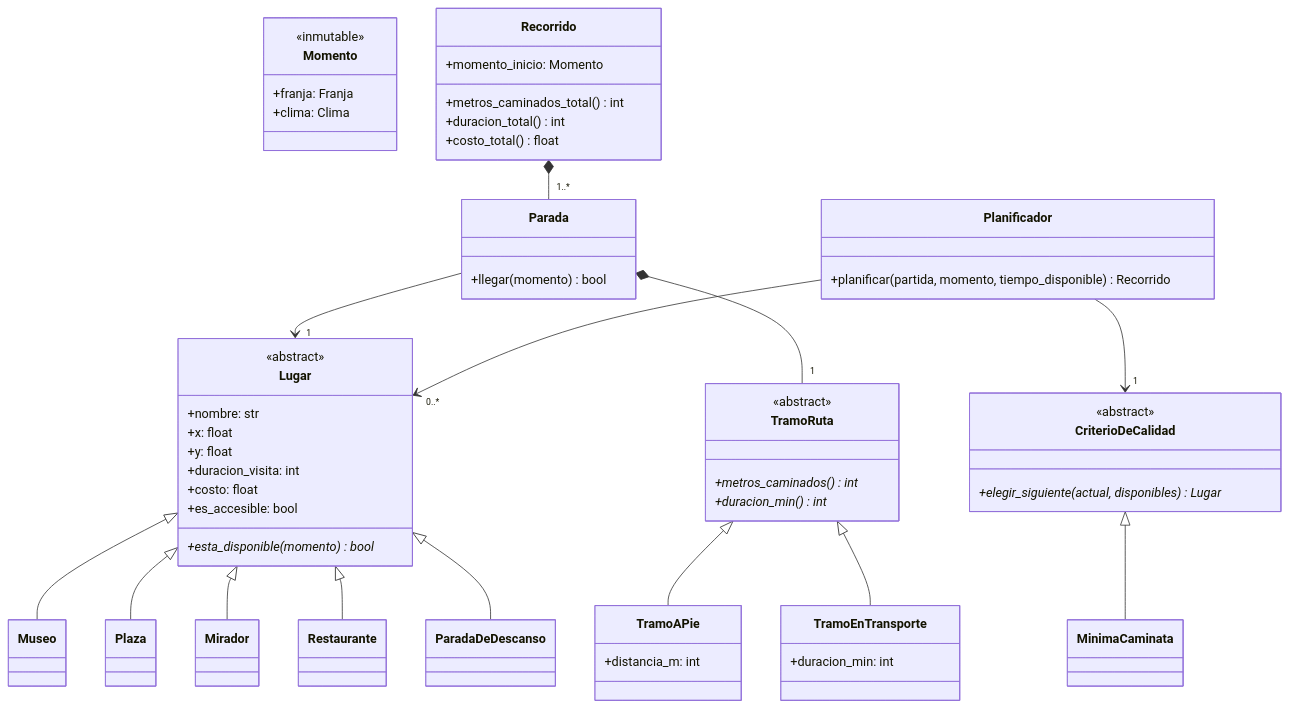
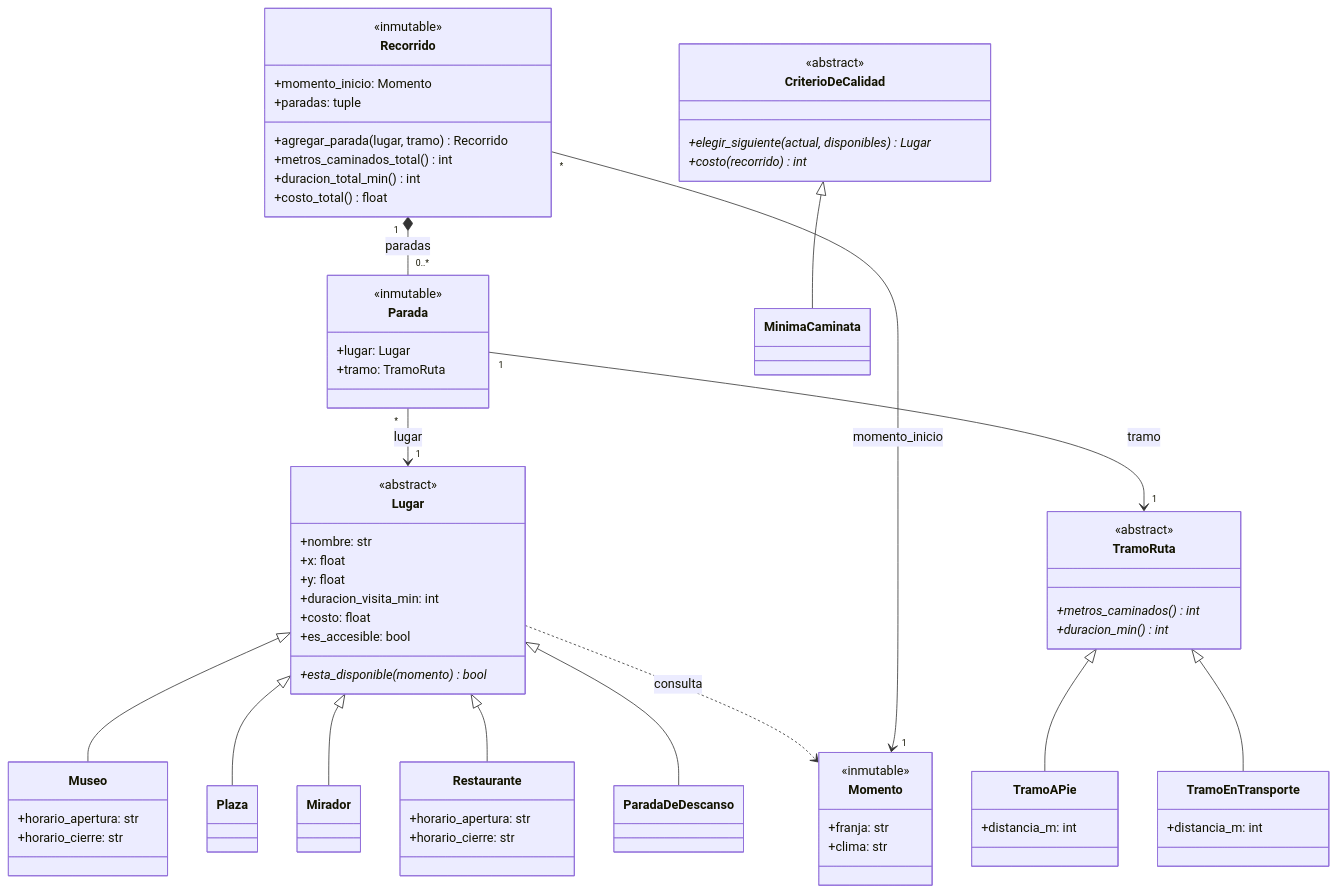
The diagram in DISENO.md (ernelol/ruta-viva), drawn with Mermaid before and after one commit. The commit also changed other lines of this file and 24 other files, not shown here.

````diff
--- a/DISENO.md
+++ b/DISENO.md
@@ -22,70 +15,78 @@
 ```mermaid
 classDiagram
     class Lugar {
         <<abstract>>
         +nombre: str
         +x: float
         +y: float
-        +duracion_visita: int
+        +duracion_visita_min: int
         +costo: float
         +es_accesible: bool
         +esta_disponible(momento) bool*
     }
-    class Museo
+    class Museo {
+        +horario_apertura: str
+        +horario_cierre: str
+    }
+    class Restaurante {
+        +horario_apertura: str
+        +horario_cierre: str
+    }
     class Plaza
     class Mirador
-    class Restaurante
     class ParadaDeDescanso
     Lugar <|-- Museo
     Lugar <|-- Plaza
     Lugar <|-- Mirador
     Lugar <|-- Restaurante
     Lugar <|-- ParadaDeDescanso
 
     class Momento {
         <<inmutable>>
-        +franja: Franja
-        +clima: Clima
+        +franja: str
+        +clima: str
     }
+    Lugar ..> Momento : consulta
 
     class TramoRuta {
         <<abstract>>
         +metros_caminados() int*
         +duracion_min() int*
     }
     class TramoAPie {
         +distancia_m: int
     }
     class TramoEnTransporte {
-        +duracion_min: int
+        +distancia_m: int
     }
     TramoRuta <|-- TramoAPie
     TramoRuta <|-- TramoEnTransporte
 
     class Parada {
-        +llegar(momento) bool
+        <<inmutable>>
+        +lugar: Lugar
+        +tramo: TramoRuta
     }
-    Parada --> "1" Lugar
-    Parada *-- "1" TramoRuta
+    Parada "*" --> "1" Lugar : lugar
+    Parada "1" --> "1" TramoRuta : tramo
 
     class Recorrido {
+        <<inmutable>>
         +momento_inicio: Momento
+        +paradas: tuple
+        +agregar_parada(lugar, tramo) Recorrido
         +metros_caminados_total() int
-        +duracion_total() int
+        +duracion_total_min() int
         +costo_total() float
     }
-    Recorrido *-- "1..*" Parada
+    Recorrido "1" *-- "0..*" Parada : paradas
+    Recorrido "*" --> "1" Momento : momento_inicio
 
     class CriterioDeCalidad {
         <<abstract>>
         +elegir_siguiente(actual, disponibles) Lugar*
+        +costo(recorrido) int*
     }
     class MinimaCaminata
     CriterioDeCalidad <|-- MinimaCaminata
-
-    class Planificador {
-        +planificar(partida, momento, tiempo_disponible) Recorrido
-    }
-    Planificador --> "0..*" Lugar
-    Planificador --> "1" CriterioDeCalidad
 ```
````
